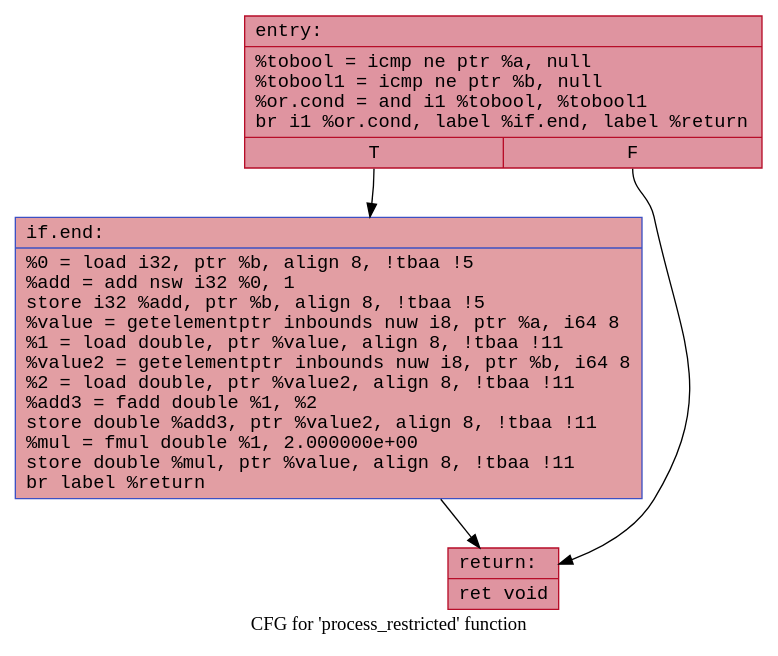
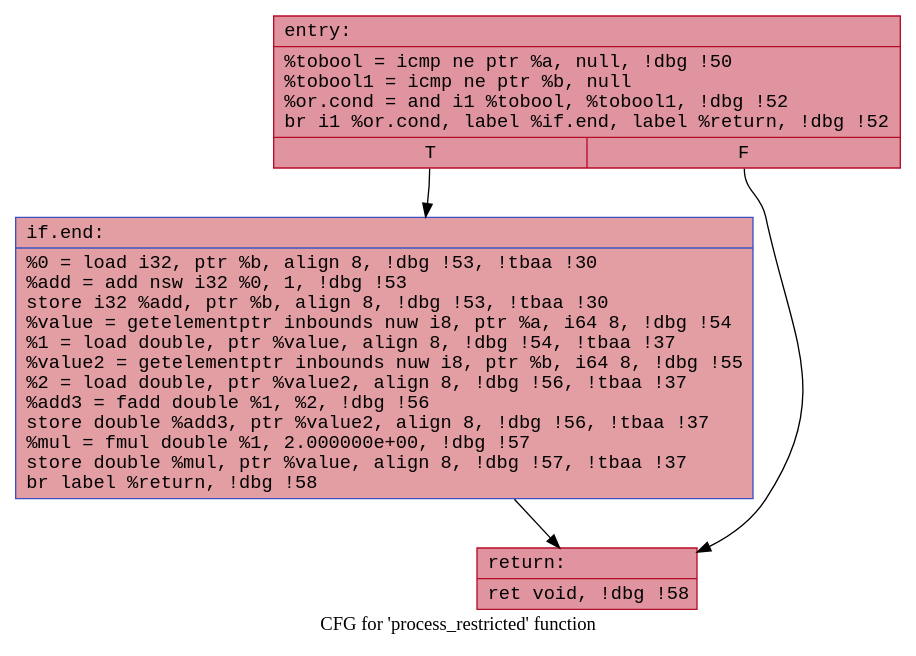
One commit to drdavis65/rust-ffi-test changed the diagram in csrc/.process_restricted.dot. Above: the diagram before and after it, drawn with Graphviz. The commit also changed 19 other files, not shown here.

```diff
--- a/csrc/.process_restricted.dot
+++ b/csrc/.process_restricted.dot
@@ -1,10 +1,10 @@
 digraph "CFG for 'process_restricted' function" {
 	label="CFG for 'process_restricted' function";
 
-	Node0x55d2f8907e70 [shape=record,color="#b70d28ff", style=filled, fillcolor="#b70d2870" fontname="Courier",label="{entry:\l|  %tobool = icmp ne ptr %a, null\l  %tobool1 = icmp ne ptr %b, null\l  %or.cond = and i1 %tobool, %tobool1\l  br i1 %or.cond, label %if.end, label %return\l|{<s0>T|<s1>F}}"];
-	Node0x55d2f8907e70:s0 -> Node0x55d2f8907ed0;
-	Node0x55d2f8907e70:s1 -> Node0x55d2f8908110;
-	Node0x55d2f8907ed0 [shape=record,color="#3d50c3ff", style=filled, fillcolor="#be242e70" fontname="Courier",label="{if.end:\l|  %0 = load i32, ptr %b, align 8, !tbaa !5\l  %add = add nsw i32 %0, 1\l  store i32 %add, ptr %b, align 8, !tbaa !5\l  %value = getelementptr inbounds nuw i8, ptr %a, i64 8\l  %1 = load double, ptr %value, align 8, !tbaa !11\l  %value2 = getelementptr inbounds nuw i8, ptr %b, i64 8\l  %2 = load double, ptr %value2, align 8, !tbaa !11\l  %add3 = fadd double %1, %2\l  store double %add3, ptr %value2, align 8, !tbaa !11\l  %mul = fmul double %1, 2.000000e+00\l  store double %mul, ptr %value, align 8, !tbaa !11\l  br label %return\l}"];
-	Node0x55d2f8907ed0 -> Node0x55d2f8908110;
-	Node0x55d2f8908110 [shape=record,color="#b70d28ff", style=filled, fillcolor="#b70d2870" fontname="Courier",label="{return:\l|  ret void\l}"];
+	Node0x55a173fa8e10 [shape=record,color="#b70d28ff", style=filled, fillcolor="#b70d2870" fontname="Courier",label="{entry:\l|  %tobool = icmp ne ptr %a, null, !dbg !50\l  %tobool1 = icmp ne ptr %b, null\l  %or.cond = and i1 %tobool, %tobool1, !dbg !52\l  br i1 %or.cond, label %if.end, label %return, !dbg !52\l|{<s0>T|<s1>F}}"];
+	Node0x55a173fa8e10:s0 -> Node0x55a173fa8e70;
+	Node0x55a173fa8e10:s1 -> Node0x55a173fa9fb0;
+	Node0x55a173fa8e70 [shape=record,color="#3d50c3ff", style=filled, fillcolor="#be242e70" fontname="Courier",label="{if.end:\l|  %0 = load i32, ptr %b, align 8, !dbg !53, !tbaa !30\l  %add = add nsw i32 %0, 1, !dbg !53\l  store i32 %add, ptr %b, align 8, !dbg !53, !tbaa !30\l  %value = getelementptr inbounds nuw i8, ptr %a, i64 8, !dbg !54\l  %1 = load double, ptr %value, align 8, !dbg !54, !tbaa !37\l  %value2 = getelementptr inbounds nuw i8, ptr %b, i64 8, !dbg !55\l  %2 = load double, ptr %value2, align 8, !dbg !56, !tbaa !37\l  %add3 = fadd double %1, %2, !dbg !56\l  store double %add3, ptr %value2, align 8, !dbg !56, !tbaa !37\l  %mul = fmul double %1, 2.000000e+00, !dbg !57\l  store double %mul, ptr %value, align 8, !dbg !57, !tbaa !37\l  br label %return, !dbg !58\l}"];
+	Node0x55a173fa8e70 -> Node0x55a173fa9fb0;
+	Node0x55a173fa9fb0 [shape=record,color="#b70d28ff", style=filled, fillcolor="#b70d2870" fontname="Courier",label="{return:\l|  ret void, !dbg !58\l}"];
 }
```
